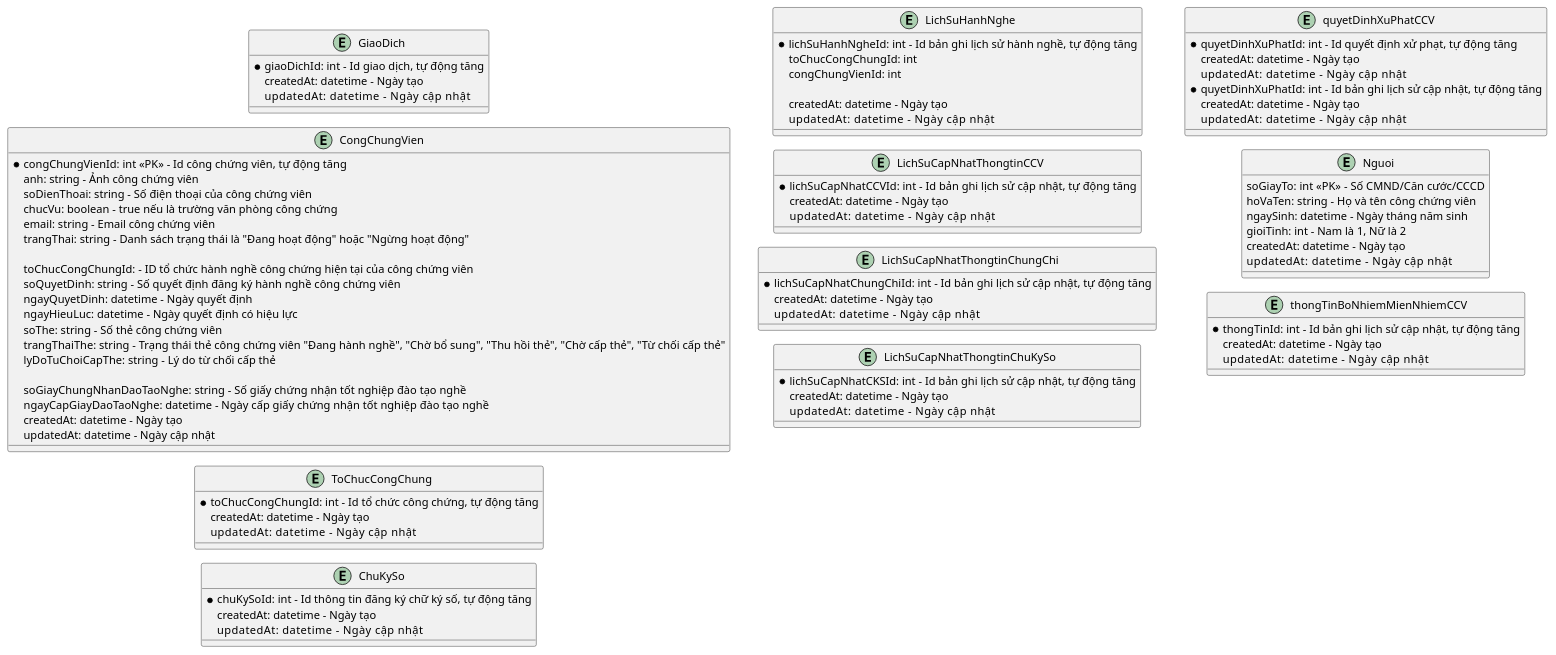
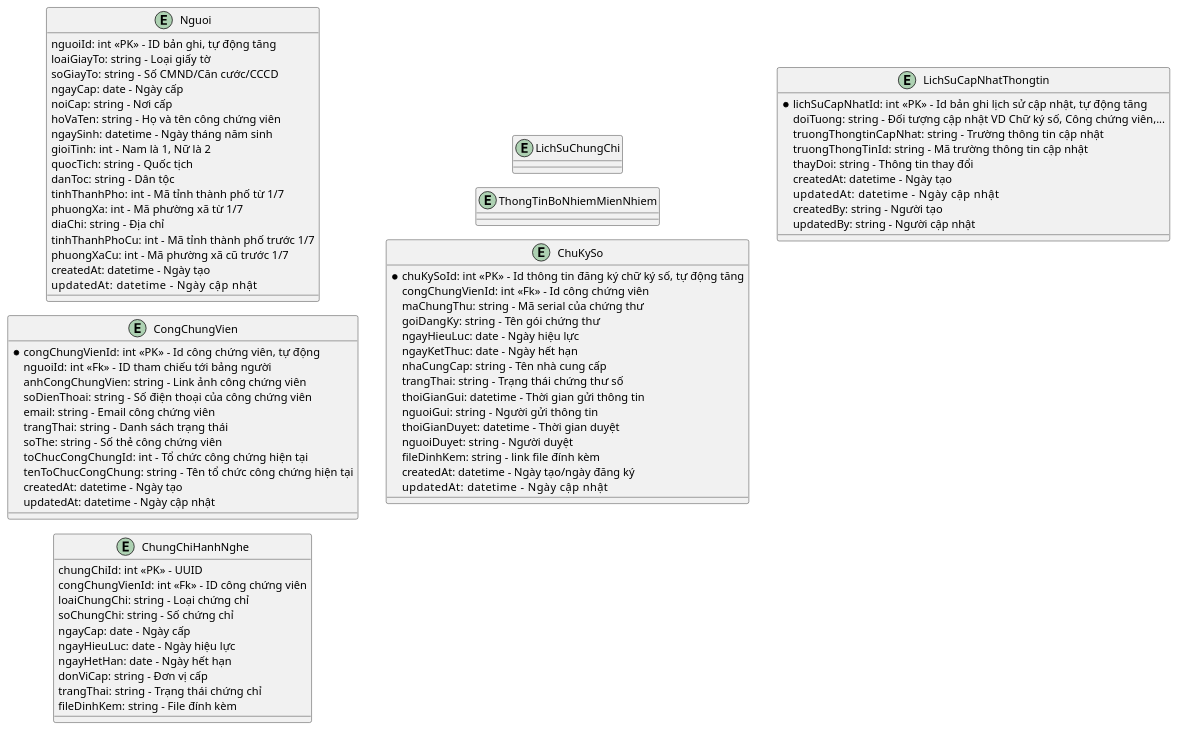
One commit to alvinnguyen9820-prog/CSDL-Cong-Chung changed the diagram in Quản lý công chứng viên/3.ldm.puml. Above: the diagram before and after it, drawn with PlantUML. The commit also changed 25 other files, not shown here.

```diff
--- a/Quản lý công chứng viên/3.ldm.puml
+++ b/Quản lý công chứng viên/3.ldm.puml
@@ -1,105 +1,90 @@
 @startuml ldm
 !pragma layout smetana
 left to right direction
 
-entity GiaoDich
+entity Nguoi
 entity CongChungVien
-entity ToChucCongChung
+entity ChungChiHanhNghe
+entity LichSuChungChi
+entity ThongTinBoNhiemMienNhiem
 entity ChuKySo
+entity LichSuCapNhatThongtin
 
-entity LichSuHanhNghe
-entity LichSuCapNhatThongtinCCV
-entity LichSuCapNhatThongtinChungChi
-entity LichSuCapNhatThongtinChuKySo
+entity Nguoi {
+  nguoiId: int <<PK>> - ID bản ghi, tự động tăng
+  loaiGiayTo: string - Loại giấy tờ
+  soGiayTo: string - Số CMND/Căn cước/CCCD 
+  ngayCap: date - Ngày cấp
+  noiCap: string - Nơi cấp
+  hoVaTen: string - Họ và tên công chứng viên
+  ngaySinh: datetime - Ngày tháng năm sinh
+  gioiTinh: int - Nam là 1, Nữ là 2
+  quocTich: string - Quốc tịch
+  danToc: string - Dân tộc
+  tinhThanhPho: int - Mã tỉnh thành phố từ 1/7
+  phuongXa: int - Mã phường xã từ 1/7
+  diaChi: string - Địa chỉ
+  tinhThanhPhoCu: int - Mã tỉnh thành phố trước 1/7
+  phuongXaCu: int - Mã phường xã cũ trước 1/7
+  createdAt: datetime - Ngày tạo
+  updatedAt: datetime      - Ngày cập nhật
+}
 
 entity CongChungVien {
-  *congChungVienId: int <<PK>> - Id công chứng viên, tự động tăng
-  anh: string - Ảnh công chứng viên
+  *congChungVienId: int <<PK>> - Id công chứng viên, tự động 
+  nguoiId: int <<Fk>> - ID tham chiếu tới bảng người
+  anhCongChungVien: string - Link ảnh công chứng viên
   soDienThoai: string - Số điện thoại của công chứng viên
-  chucVu: boolean - true nếu là trường văn phòng công chứng
   email: string - Email công chứng viên
-  trangThai: string - Danh sách trạng thái là "Đang hoạt động" hoặc "Ngừng hoạt động"
-
-  toChucCongChungId: - ID tổ chức hành nghề công chứng hiện tại của công chứng viên
-  soQuyetDinh: string - Số quyết định đăng ký hành nghề công chứng viên
-  ngayQuyetDinh: datetime - Ngày quyết định
-  ngayHieuLuc: datetime - Ngày quyết định có hiệu lực
+  trangThai: string - Danh sách trạng thái
   soThe: string - Số thẻ công chứng viên
-  trangThaiThe: string - Trạng thái thẻ công chứng viên "Đang hành nghề", "Chờ bổ sung", "Thu hồi thẻ", "Chờ cấp thẻ", "Từ chối cấp thẻ"
-  lyDoTuChoiCapThe: string - Lý do từ chối cấp thẻ
-
-  soGiayChungNhanDaoTaoNghe: string - Số giấy chứng nhận tốt nghiệp đào tạo nghề
-  ngayCapGiayDaoTaoNghe: datetime - Ngày cấp giấy chứng nhận tốt nghiệp đào tạo nghề
+  toChucCongChungId: int - Tổ chức công chứng hiện tại
+  tenToChucCongChung: string - Tên tổ chức công chứng hiện tại
   createdAt: datetime - Ngày tạo
   updatedAt: datetime - Ngày cập nhật
 
 }
-entity quyetDinhXuPhatCCV {
-  *quyetDinhXuPhatId: int - Id quyết định xử phạt, tự động tăng
-  createdAt: datetime - Ngày tạo
-  updatedAt: datetime      - Ngày cập nhật
+entity ChungChiHanhNghe {
+  chungChiId: int <<PK>> - UUID
+  congChungVienId: int <<Fk>> - ID công chứng viên
+  loaiChungChi: string - Loại chứng chỉ
+  soChungChi: string - Số chứng chỉ
+  ngayCap: date - Ngày cấp
+  ngayHieuLuc: date - Ngày hiệu lực
+  ngayHetHan: date - Ngày hết hạn
+  donViCap: string - Đơn vị cấp
+  trangThai: string - Trạng thái chứng chỉ
+  fileDinhKem: string - File đính kèm
 }
-entity Nguoi {
-  soGiayTo: int <<PK>> - Số CMND/Căn cước/CCCD 
-  hoVaTen: string - Họ và tên công chứng viên
-  ngaySinh: datetime - Ngày tháng năm sinh
-  gioiTinh: int - Nam là 1, Nữ là 2
-  createdAt: datetime - Ngày tạo
-  updatedAt: datetime      - Ngày cập nhật
-}
-entity ToChucCongChung {
-  *toChucCongChungId: int - Id tổ chức công chứng, tự động tăng
-  createdAt: datetime - Ngày tạo
+
+entity ChuKySo {
+  *chuKySoId: int <<PK>> - Id thông tin đăng ký chữ ký số, tự động tăng
+  congChungVienId: int <<Fk>> - Id công chứng viên
+  maChungThu: string - Mã serial của chứng thư
+  goiDangKy: string - Tên gói chứng thư
+  ngayHieuLuc: date - Ngày hiệu lực
+  ngayKetThuc: date - Ngày hết hạn
+  nhaCungCap: string - Tên nhà cung cấp
+  trangThai: string - Trạng thái chứng thư số
+  thoiGianGui: datetime - Thời gian gửi thông tin
+  nguoiGui: string - Người gửi thông tin
+  thoiGianDuyet: datetime - Thời gian duyệt
+  nguoiDuyet: string - Người duyệt
+  fileDinhKem: string - link file đính kèm
+  createdAt: datetime - Ngày tạo/ngày đăng ký
   updatedAt: datetime      - Ngày cập nhật
 }
 
-entity ChuKySo {
-  *chuKySoId: int - Id thông tin đăng ký chữ ký số, tự động tăng
+entity LichSuCapNhatThongtin {
+  *lichSuCapNhatId: int <<PK>> - Id bản ghi lịch sử cập nhật, tự động tăng
+  doiTuong: string - Đối tượng cập nhật VD Chữ ký số, Công chứng viên,...
+  truongThongtinCapNhat: string - Trường thông tin cập nhật
+  truongThongTinId: string - Mã trường thông tin cập nhật
+  thayDoi: string - Thông tin thay đổi
   createdAt: datetime - Ngày tạo
   updatedAt: datetime      - Ngày cập nhật
-
-}
-entity LichSuCapNhatThongtinChuKySo {
-  *lichSuCapNhatCKSId: int - Id bản ghi lịch sử cập nhật, tự động tăng
-  createdAt: datetime - Ngày tạo
-  updatedAt: datetime      - Ngày cập nhật
-
+  createdBy: string - Người tạo
+  updatedBy: string - Người cập nhật
 }
 
-entity LichSuHanhNghe {
-  *lichSuHanhNgheId: int - Id bản ghi lịch sử hành nghề, tự động tăng
-  toChucCongChungId: int
-  congChungVienId: int
-
-  createdAt: datetime - Ngày tạo
-  updatedAt: datetime      - Ngày cập nhật
-}
-entity LichSuCapNhatThongtinCCV {
-  *lichSuCapNhatCCVId: int - Id bản ghi lịch sử cập nhật, tự động tăng
-  createdAt: datetime - Ngày tạo
-  updatedAt: datetime      - Ngày cập nhật
-
-}
-
-entity LichSuCapNhatThongtinChungChi {
-  *lichSuCapNhatChungChiId: int - Id bản ghi lịch sử cập nhật, tự động tăng
-  createdAt: datetime - Ngày tạo
-  updatedAt: datetime      - Ngày cập nhật
-}
-entity quyetDinhXuPhatCCV {
-  *quyetDinhXuPhatId: int - Id bản ghi lịch sử cập nhật, tự động tăng
-  createdAt: datetime - Ngày tạo
-  updatedAt: datetime      - Ngày cập nhật
-}
-entity thongTinBoNhiemMienNhiemCCV {
-  *thongTinId: int - Id bản ghi lịch sử cập nhật, tự động tăng
-  createdAt: datetime - Ngày tạo
-  updatedAt: datetime      - Ngày cập nhật
-}
-entity GiaoDich {
-  *giaoDichId: int - Id giao dịch, tự động tăng
-  createdAt: datetime - Ngày tạo
-  updatedAt: datetime      - Ngày cập nhật
-
-}
 @enduml
```
